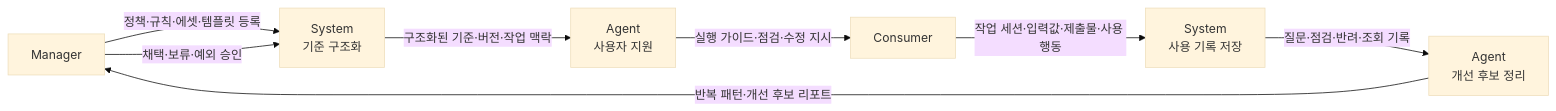
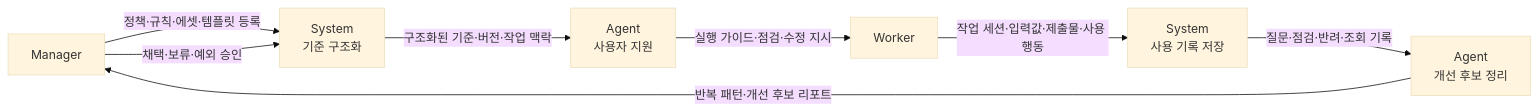
One commit to ewoooo/living-brand-system changed the diagram in docs/02-usecases.md. Above: the diagram before and after it, drawn with Mermaid (base theme). The commit also changed other lines of this file and 7 other files, not shown here.

````diff
--- a/docs/02-usecases.md
+++ b/docs/02-usecases.md
@@ -77,17 +76,17 @@
 ```mermaid
 flowchart LR
   M["Manager"]
   S1["System<br/>기준 구조화"]
   A1["Agent<br/>사용자 지원"]
-  C["Consumer"]
+  C["Worker"]
   S2["System<br/>사용 기록 저장"]
   A2["Agent<br/>개선 후보 정리"]
 
   M -->|"정책·규칙·에셋·템플릿 등록"| S1
   S1 -->|"구조화된 기준·버전·작업 맥락"| A1
   A1 -->|"실행 가이드·점검·수정 지시"| C
   C -->|"작업 세션·입력값·제출물·사용 행동"| S2
   S2 -->|"질문·점검·반려·조회 기록"| A2
   A2 -->|"반복 패턴·개선 후보 리포트"| M
   M -->|"채택·보류·예외 승인"| S1
 ```
````
